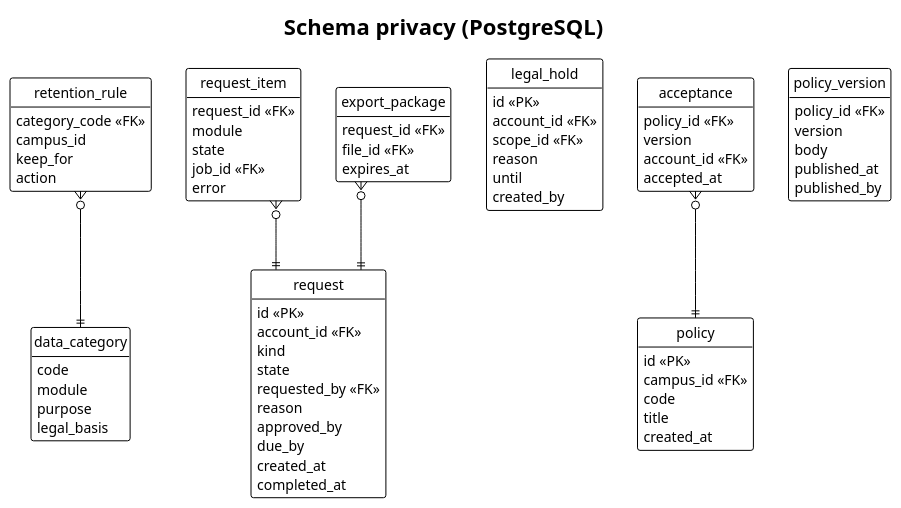
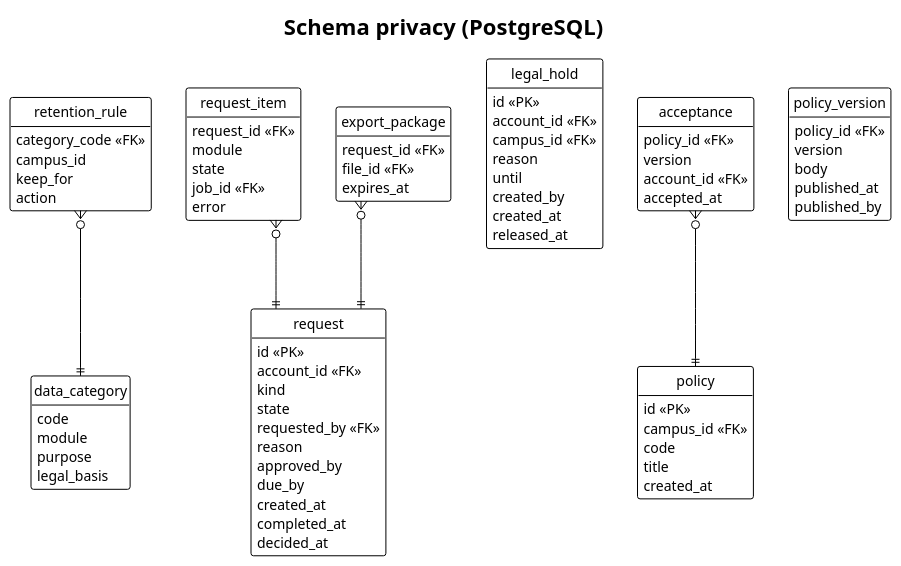
One commit to didactika/kampus changed the diagram in docs/03-design/data-model/privacy.puml. Above: the diagram before and after it, drawn with PlantUML. The commit also changed 28 other files, not shown here.

```diff
--- a/docs/03-design/data-model/privacy.puml
+++ b/docs/03-design/data-model/privacy.puml
@@ -3,77 +3,80 @@
 @startuml
 !theme plain
 hide empty members
 hide circle
 skinparam linetype ortho
 title Schema privacy (PostgreSQL)
 
 entity data_category {
   code
   module
   purpose
   legal_basis
 }
 entity request {
   id <<PK>>
   account_id <<FK>>
   kind
   state
   requested_by <<FK>>
   reason
   approved_by
   due_by
   created_at
   completed_at
+  decided_at
 }
 entity request_item {
   request_id <<FK>>
   module
   state
   job_id <<FK>>
   error
 }
 entity retention_rule {
   category_code <<FK>>
   campus_id
   keep_for
   action
 }
 entity legal_hold {
   id <<PK>>
   account_id <<FK>>
-  scope_id <<FK>>
+  campus_id <<FK>>
   reason
   until
   created_by
+  created_at
+  released_at
 }
 entity policy {
   id <<PK>>
   campus_id <<FK>>
   code
   title
   created_at
 }
 entity policy_version {
   policy_id <<FK>>
   version
   body
   published_at
   published_by
 }
 entity acceptance {
   policy_id <<FK>>
   version
   account_id <<FK>>
   accepted_at
 }
 entity export_package {
   request_id <<FK>>
   file_id <<FK>>
   expires_at
 }
 
 request_item }o--|| request
 retention_rule }o--|| data_category
 acceptance }o--|| policy
 export_package }o--|| request
 @enduml
```
